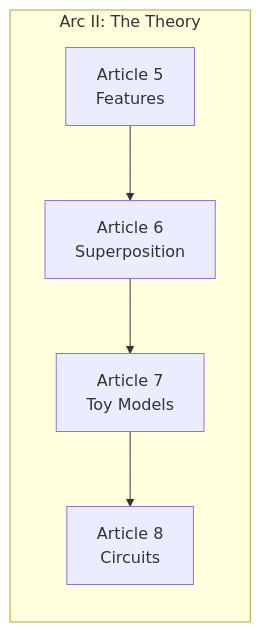
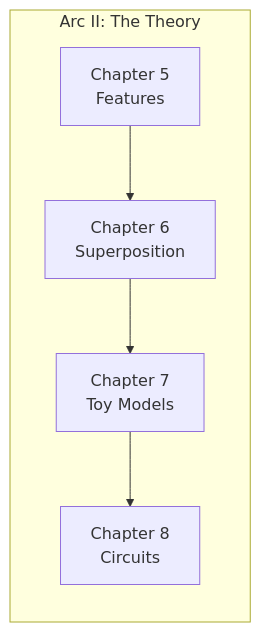
The diagram in articles/arc2-summary.qmd (ttsugriy/mechinterp-first-principles), drawn with Mermaid before and after one commit. The commit also changed other lines of this file and 19 other files, not shown here.

First line of the commit message:
Rename 'Article' to 'Chapter' throughout the book

````diff
--- a/articles/arc2-summary.qmd
+++ b/articles/arc2-summary.qmd
@@ -15,9 +15,9 @@
 ```{mermaid}
 %%| fig-width: 9
 flowchart LR
     subgraph ARC2["Arc II: The Theory"]
-        A5["Article 5<br/>Features"] --> A6["Article 6<br/>Superposition"]
-        A6 --> A7["Article 7<br/>Toy Models"]
-        A7 --> A8["Article 8<br/>Circuits"]
+        A5["Chapter 5<br/>Features"] --> A6["Chapter 6<br/>Superposition"]
+        A6 --> A7["Chapter 7<br/>Toy Models"]
+        A7 --> A8["Chapter 8<br/>Circuits"]
     end
 ```
````
